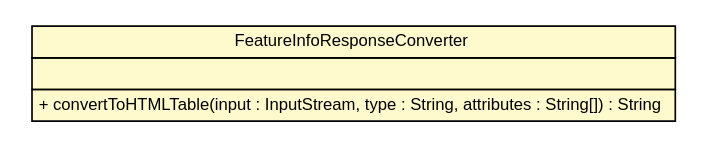
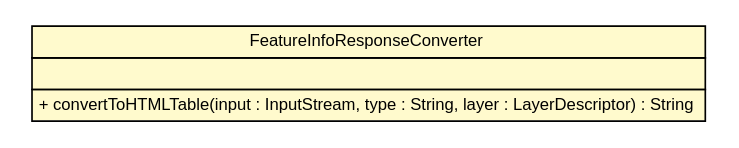
The diagram in apidocs/nl/mineleni/cbsviewer/servlet/wms/FeatureInfoResponseConverter.dot (MinELenI/CBSviewer), drawn with Graphviz before and after one commit. The commit also changed 489 other files, not shown here.

```diff
--- a/apidocs/nl/mineleni/cbsviewer/servlet/wms/FeatureInfoResponseConverter.dot
+++ b/apidocs/nl/mineleni/cbsviewer/servlet/wms/FeatureInfoResponseConverter.dot
@@ -1,24 +1,24 @@
 #!/usr/local/bin/dot
 #
 # Class diagram 
 # Generated by UMLGraph version R5_6 (http://www.umlgraph.org/)
 #
 
 digraph G {
 	edge [fontname="arial",fontsize=10,labelfontname="arial",labelfontsize=10];
 	node [fontname="arial",fontsize=10,shape=plaintext];
 	nodesep=0.25;
 	ranksep=0.5;
 	// nl.mineleni.cbsviewer.servlet.wms.FeatureInfoResponseConverter
-	c1366 [label=<<table title="nl.mineleni.cbsviewer.servlet.wms.FeatureInfoResponseConverter" border="0" cellborder="1" cellspacing="0" cellpadding="2" port="p" bgcolor="lemonChiffon" href="./FeatureInfoResponseConverter.html">
+	c1442 [label=<<table title="nl.mineleni.cbsviewer.servlet.wms.FeatureInfoResponseConverter" border="0" cellborder="1" cellspacing="0" cellpadding="2" port="p" bgcolor="lemonChiffon" href="./FeatureInfoResponseConverter.html">
 		<tr><td><table border="0" cellspacing="0" cellpadding="1">
 <tr><td align="center" balign="center"> FeatureInfoResponseConverter </td></tr>
 		</table></td></tr>
 		<tr><td><table border="0" cellspacing="0" cellpadding="1">
 <tr><td align="left" balign="left">  </td></tr>
 		</table></td></tr>
 		<tr><td><table border="0" cellspacing="0" cellpadding="1">
-<tr><td align="left" balign="left"> + convertToHTMLTable(input : InputStream, type : String, attributes : String[]) : String </td></tr>
+<tr><td align="left" balign="left"> + convertToHTMLTable(input : InputStream, type : String, layer : LayerDescriptor) : String </td></tr>
 		</table></td></tr>
 		</table>>, URL="./FeatureInfoResponseConverter.html", fontname="arial", fontcolor="black", fontsize=10.0];
 }
```
